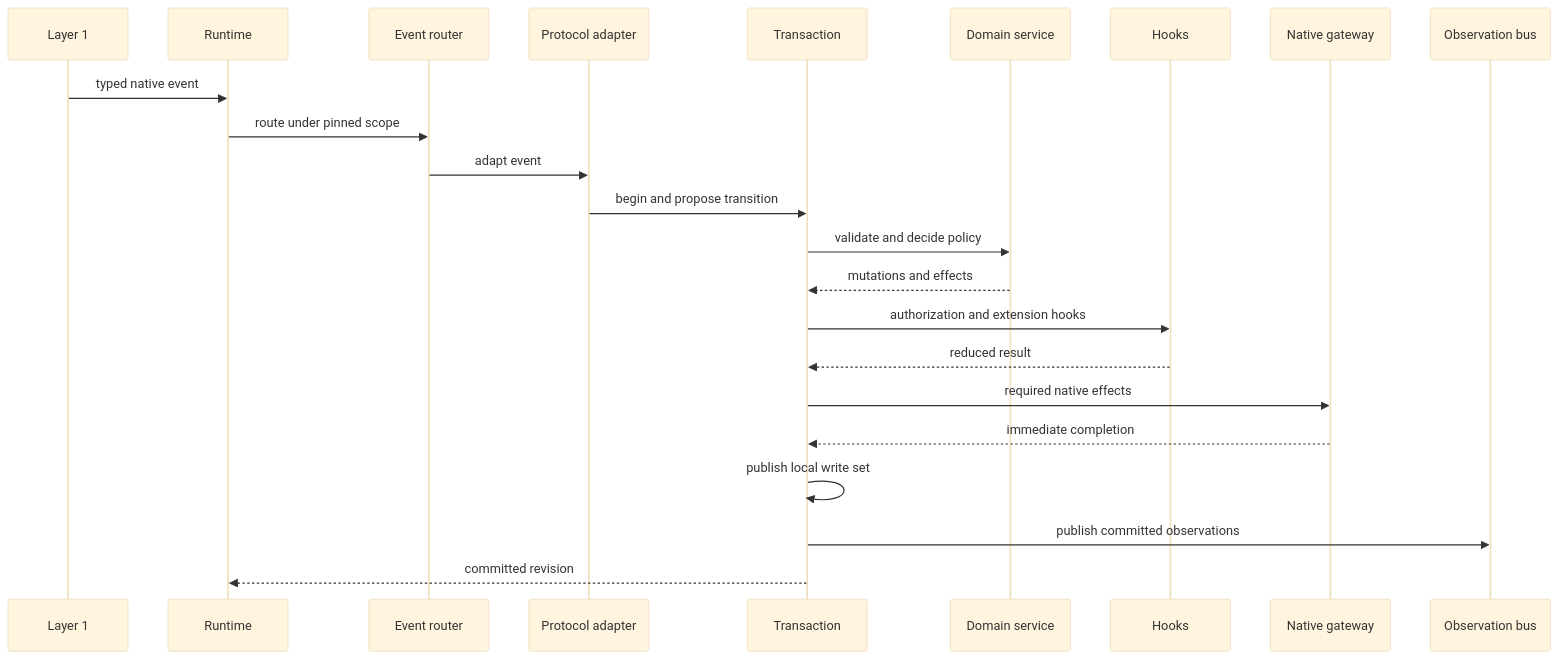
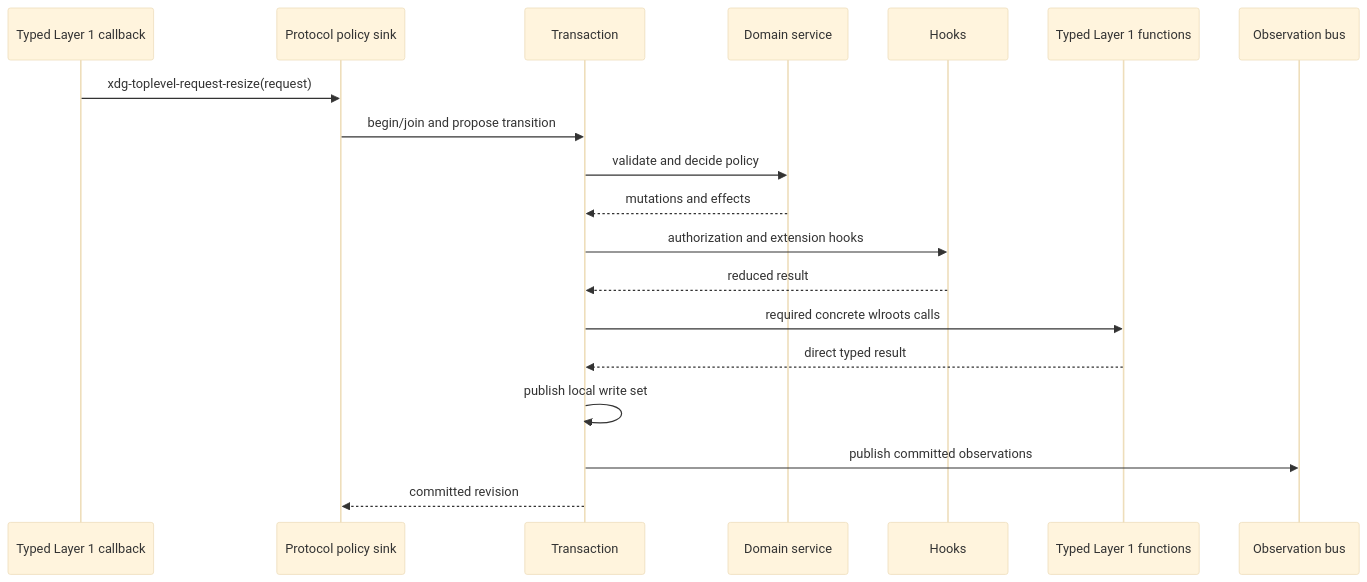
Before and after one commit to SeungheonOh/ataxia: the ninth of 20 diagrams in docs/LAYER-2-CLOS-DESIGN.md, drawn with Mermaid (base theme). The commit also changed other lines of this file, not shown here.

Commit message:
docs: replace native event router with protocol sinks

````diff
--- a/docs/LAYER-2-CLOS-DESIGN.md
+++ b/docs/LAYER-2-CLOS-DESIGN.md
@@ -706,26 +710,22 @@
 ```mermaid
 sequenceDiagram
-    participant L1 as Layer 1
-    participant RT as Runtime
-    participant ER as Event router
-    participant PA as Protocol adapter
+    participant L1 as Typed Layer 1 callback
+    participant PS as Protocol policy sink
     participant TX as Transaction
     participant DS as Domain service
     participant HK as Hooks
-    participant NG as Native gateway
+    participant API as Typed Layer 1 functions
     participant OB as Observation bus
 
-    L1->>RT: typed native event
-    RT->>ER: route under pinned scope
-    ER->>PA: adapt event
-    PA->>TX: begin and propose transition
+    L1->>PS: xdg-toplevel-request-resize(request)
+    PS->>TX: begin/join and propose transition
     TX->>DS: validate and decide policy
     DS-->>TX: mutations and effects
     TX->>HK: authorization and extension hooks
     HK-->>TX: reduced result
-    TX->>NG: required native effects
-    NG-->>TX: immediate completion
+    TX->>API: required concrete wlroots calls
+    API-->>TX: direct typed result
     TX->>TX: publish local write set
     TX->>OB: publish committed observations
-    TX-->>RT: committed revision
+    TX-->>PS: committed revision
 ```
````
